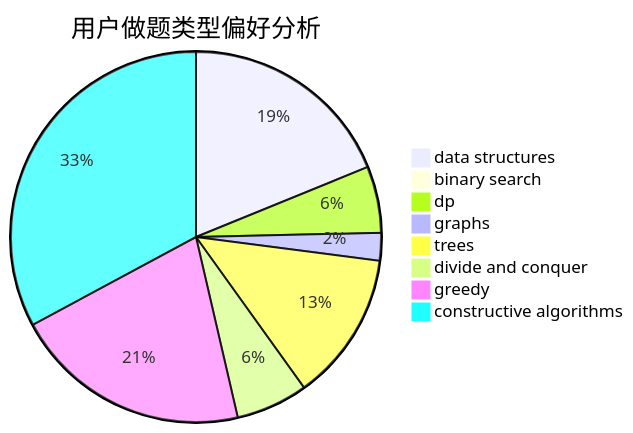
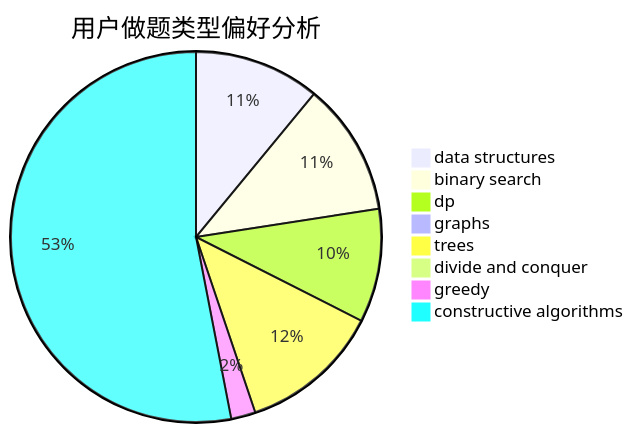
Before and after one commit to sherpahu/cfrs.github.io: the second of 3 diagrams in docs/user/u1979.md, drawn with Mermaid. The commit also changed other lines of this file and 2770 other files, not shown here.

````diff
--- a/docs/user/u1979.md
+++ b/docs/user/u1979.md
@@ -23,11 +23,11 @@
 ```mermaid
 pie title 用户做题类型偏好分析
-    "data structures" :  39
-    "binary search" :  0
-    "dp" :  12
-    "graphs" :  5
-    "trees" :  27
-    "divide and conquer" :  13
-    "greedy" :  43
-    "constructive algorithms" :  68
+    "data structures" :  72
+    "binary search" :  76
+    "dp" :  65
+    "graphs" :  4
+    "trees" :  81
+    "divide and conquer" :  1
+    "greedy" :  14
+    "constructive algorithms" :  348
 ```
````
